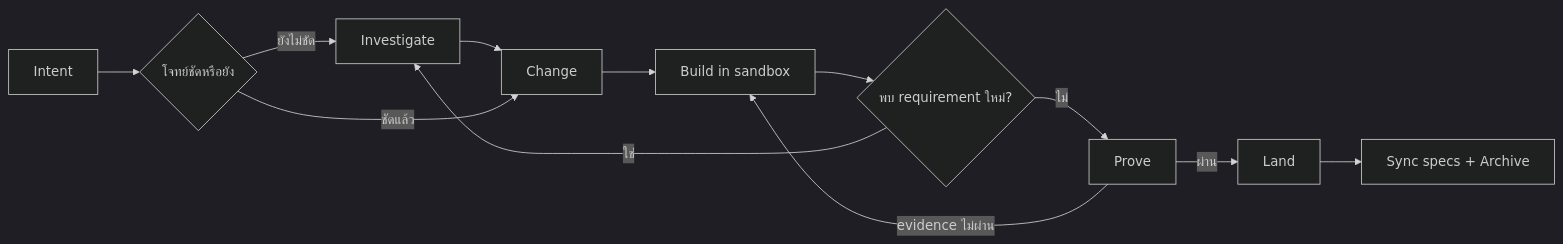
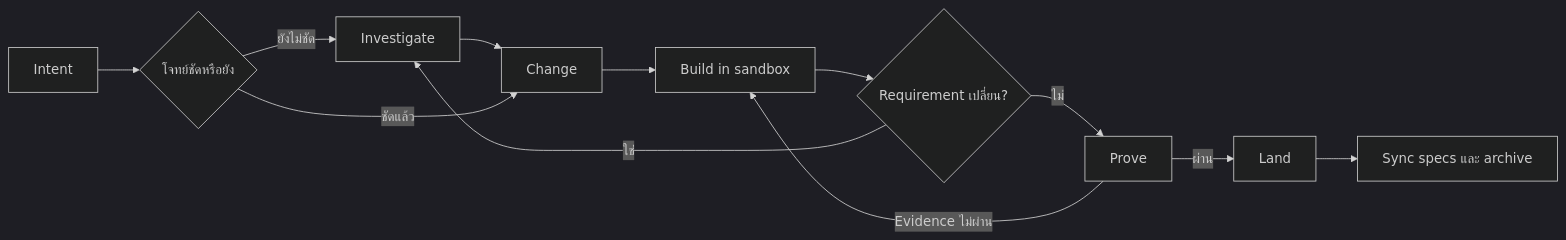
Before and after one commit to Maximumsoft-Co-LTD/claude-foundation: the diagram in README.th.md, drawn with Mermaid (dark theme). The commit also changed other lines of this file and 6 other files, not shown here.

````diff
--- a/README.th.md
+++ b/README.th.md
@@ -59,14 +189,14 @@
 ```mermaid
 flowchart LR
     I[Intent] --> Q{โจทย์ชัดหรือยัง}
     Q -- ยังไม่ชัด --> X[Investigate]
     X --> C[Change]
     Q -- ชัดแล้ว --> C
     C --> B[Build in sandbox]
-    B --> D{พบ requirement ใหม่?}
+    B --> D{Requirement เปลี่ยน?}
     D -- ใช่ --> X
     D -- ไม่ --> P[Prove]
-    P -- evidence ไม่ผ่าน --> B
+    P -- Evidence ไม่ผ่าน --> B
     P -- ผ่าน --> L[Land]
-    L --> A[Sync specs + Archive]
+    L --> A[Sync specs และ archive]
 ```
````
